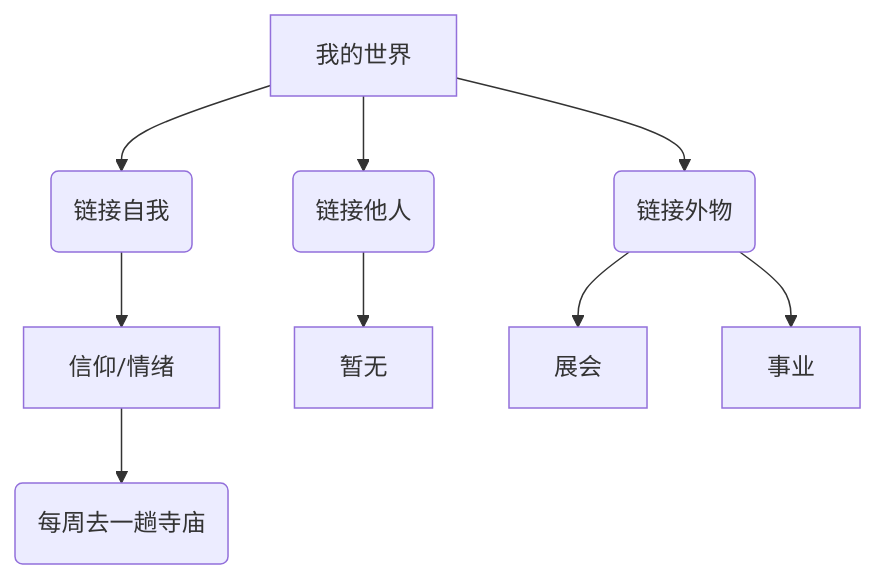
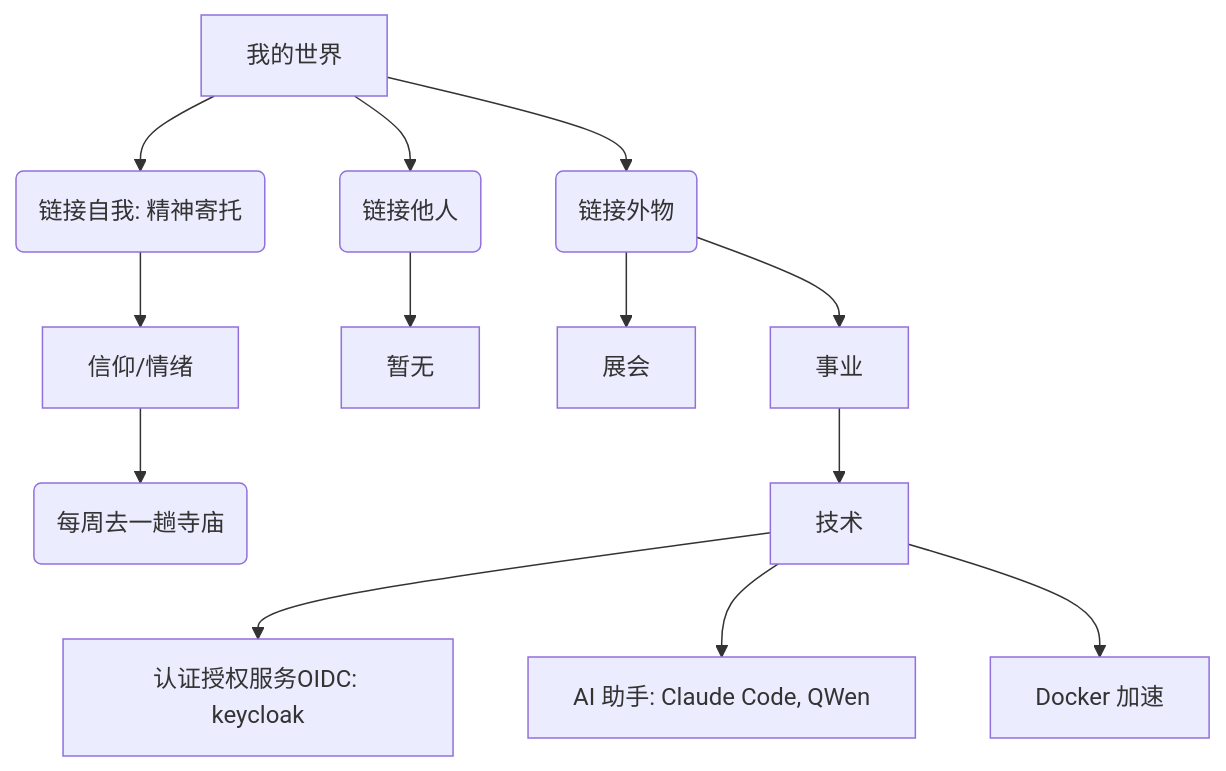
One commit to docs1932/opensource changed the diagram in aaa_summary_docs/AZ-Hello-World.mermaid. Above: the diagram before and after it, drawn with Mermaid. The commit also changed 2 other files, not shown here.

Commit message:
认证授权框架 keycloak

```diff
--- a/aaa_summary_docs/AZ-Hello-World.mermaid
+++ b/aaa_summary_docs/AZ-Hello-World.mermaid
@@ -1,12 +1,18 @@
 graph TD
-    A[我的世界] --> B(链接自我)
+    A[我的世界] --> B(链接自我: 精神寄托)
     A --> C(链接他人)
     A --> D(链接外物)
 
     B --> B1[信仰/情绪]
     B1 --> B1_1(每周去一趟寺庙)
 
     C --> C1[暂无]
 
     D --> D1[展会]
     D --> D2[事业]
+
+    D2 --> E1[技术]
+
+    E1 --> E1_1[认证授权服务OIDC: keycloak]
+    E1 --> E1_2[AI 助手: Claude Code, QWen]
+    E1 --> E1_3[Docker 加速]
```
